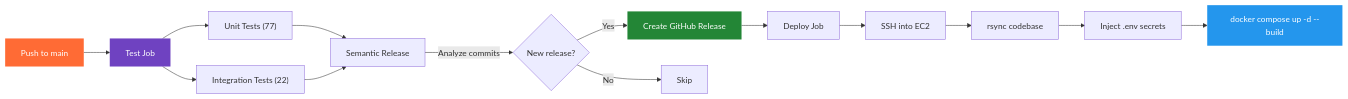
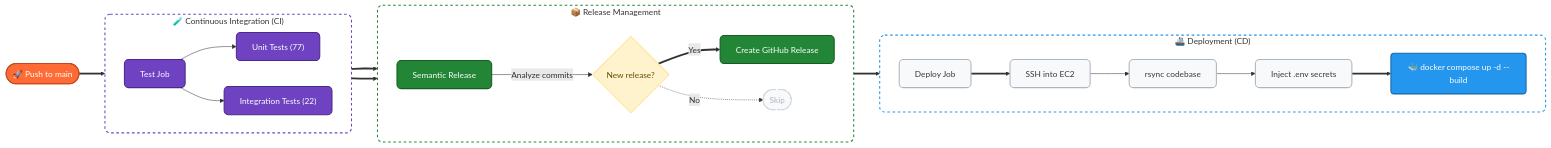
Before and after one commit to 986913/WHATTOEAT: the third of 5 diagrams in readme.md, drawn with Mermaid. The commit also changed other lines of this file and 12 other files, not shown here.

````diff
--- a/readme.md
+++ b/readme.md
@@ -197,21 +233,69 @@
 ```mermaid
 flowchart LR
-    A["Push to main"] --> T["Test Job"]
-    T --> T1["Unit Tests (77)"]
-    T --> T2["Integration Tests (22)"]
-    T1 & T2 --> B["Semantic Release"]
-    B -->|"Analyze commits"| C{"New release?"}
-    C -->|"Yes"| D["Create GitHub Release"]
-    D --> E["Deploy Job"]
-    C -->|"No"| F["Skip"]
+    %% --- 🎨 自定义样式与色彩 (完美保留你的主题色并增加质感) ---
+    classDef trigger fill:#FF6B35,stroke:#c4491a,stroke-width:2px,color:#fff,rx:20px,ry:20px;
+    classDef test fill:#6f42c1,stroke:#4c2889,stroke-width:2px,color:#fff,rx:8px,ry:8px;
+    classDef release fill:#238636,stroke:#175c22,stroke-width:2px,color:#fff,rx:8px,ry:8px;
+    classDef decision fill:#fff3cd,stroke:#ffe69c,stroke-width:2px,color:#664d03;
+    classDef deploy fill:#f8f9fa,stroke:#adb5bd,stroke-width:2px,color:#343a40,rx:8px,ry:8px;
+    classDef docker fill:#2496ED,stroke:#1668a8,stroke-width:2px,color:#fff,rx:6px,ry:6px;
+    classDef skip fill:#f8f9fa,stroke:#ced4da,stroke-width:2px,color:#adb5bd,stroke-dasharray: 5 5,rx:20px,ry:20px;
 
-    E --> E1["SSH into EC2"]
-    E1 --> E2["rsync codebase"]
-    E2 --> E3["Inject .env secrets"]
-    E3 --> E4["docker compose up -d --build"]
+    %% --- 🔳 阶段分组虚线边框 ---
+    style CIPhase fill:none,stroke:#6f42c1,stroke-width:2px,stroke-dasharray: 5 5,rx:10
+    style ReleasePhase fill:none,stroke:#238636,stroke-width:2px,stroke-dasharray: 5 5,rx:10
+    style CDPhase fill:none,stroke:#2496ED,stroke-width:2px,stroke-dasharray: 5 5,rx:10
 
-    style A fill:#FF6B35,color:#fff,stroke:none
-    style T fill:#6f42c1,color:#fff,stroke:none
-    style D fill:#238636,color:#fff,stroke:none
-    style E4 fill:#2496ED,color:#fff,stroke:none
+    %% ========== 触发点 ==========
+    A(["🚀 Push to main"]):::trigger
+
+    %% ========== CI 阶段 ==========
+    subgraph CIPhase ["🧪 Continuous Integration (CI)"]
+        direction LR
+        T["Test Job"]:::test
+        T1["Unit Tests (77)"]:::test
+        T2["Integration Tests (22)"]:::test
+    end
+
+    %% ========== Release 阶段 ==========
+    subgraph ReleasePhase ["📦 Release Management"]
+        direction LR
+        B["Semantic Release"]:::release
+        C{"New release?"}:::decision
+        D["Create GitHub Release"]:::release
+        F(["Skip"]):::skip
+    end
+
+    %% ========== CD 阶段 ==========
+    subgraph CDPhase ["🚢 Deployment (CD)"]
+        direction LR
+        E["Deploy Job"]:::deploy
+        E1["SSH into EC2"]:::deploy
+        E2["rsync codebase"]:::deploy
+        E3["Inject .env secrets"]:::deploy
+        E4["🐳 docker compose up -d --build"]:::docker
+    end
+
+    %% ========== 链路逻辑 (严格保持原有逻辑) ==========
+
+    %% 主链路使用加粗箭头 (==>) 突出 Happy Path
+    A ==> T
+    T --> T1
+    T --> T2
+
+    %% 测试汇聚到发布
+    T1 & T2 ==> B
+
+    B -- "Analyze commits" --> C
+
+    %% 判断分支
+    C == "Yes" ==> D
+    C -. "No" .-> F
+
+    %% 部署链路
+    D ==> E
+    E ==> E1
+    E1 --> E2
+    E2 --> E3
+    E3 ==> E4
 ```
````
